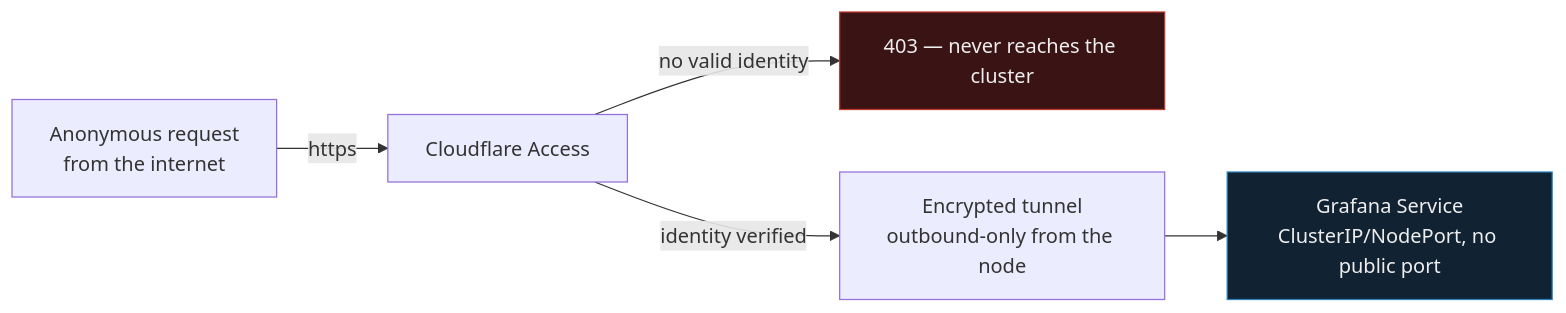
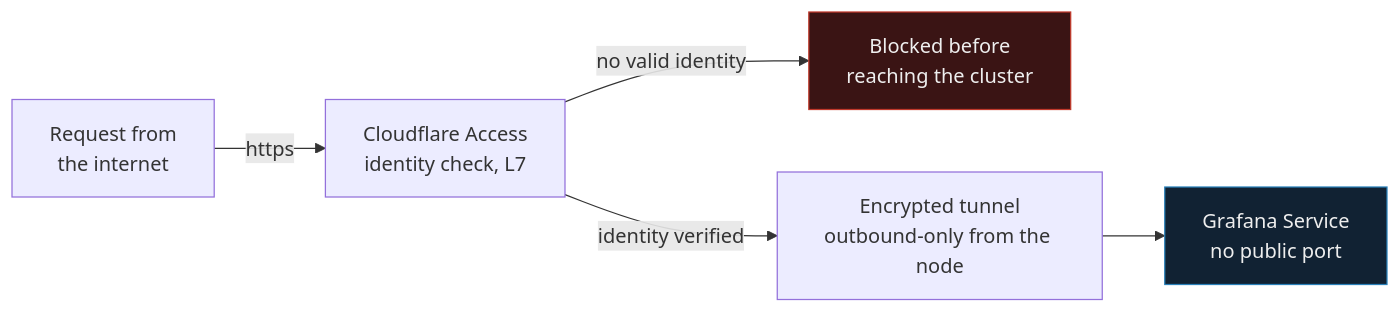
The diagram in docs/cloudflare-zero-trust/README.md (jdjagustin/telcolab1), drawn with Mermaid before and after one commit. The commit also changed other lines of this file, not shown here.

````diff
--- a/docs/cloudflare-zero-trust/README.md
+++ b/docs/cloudflare-zero-trust/README.md
@@ -15,10 +17,10 @@
 ```mermaid
 flowchart LR
-    U[Anonymous request<br/>from the internet] -->|https| CF[Cloudflare Access]
-    CF -- "no valid identity" --> BLOCK[403 — never reaches the cluster]
+    U[Request from<br/>the internet] -->|https| CF[Cloudflare Access<br/>identity check, L7]
+    CF -- "no valid identity" --> BLOCK[Blocked before<br/>reaching the cluster]
     CF -- "identity verified" --> TUNNEL[Encrypted tunnel<br/>outbound-only from the node]
-    TUNNEL --> SVC[Grafana Service<br/>ClusterIP/NodePort, no public port]
+    TUNNEL --> SVC[Grafana Service<br/>no public port]
 
     style BLOCK fill:#3a1414,stroke:#c0392b,color:#eee
     style SVC fill:#123,stroke:#2980b9,color:#eee
 ```
````
